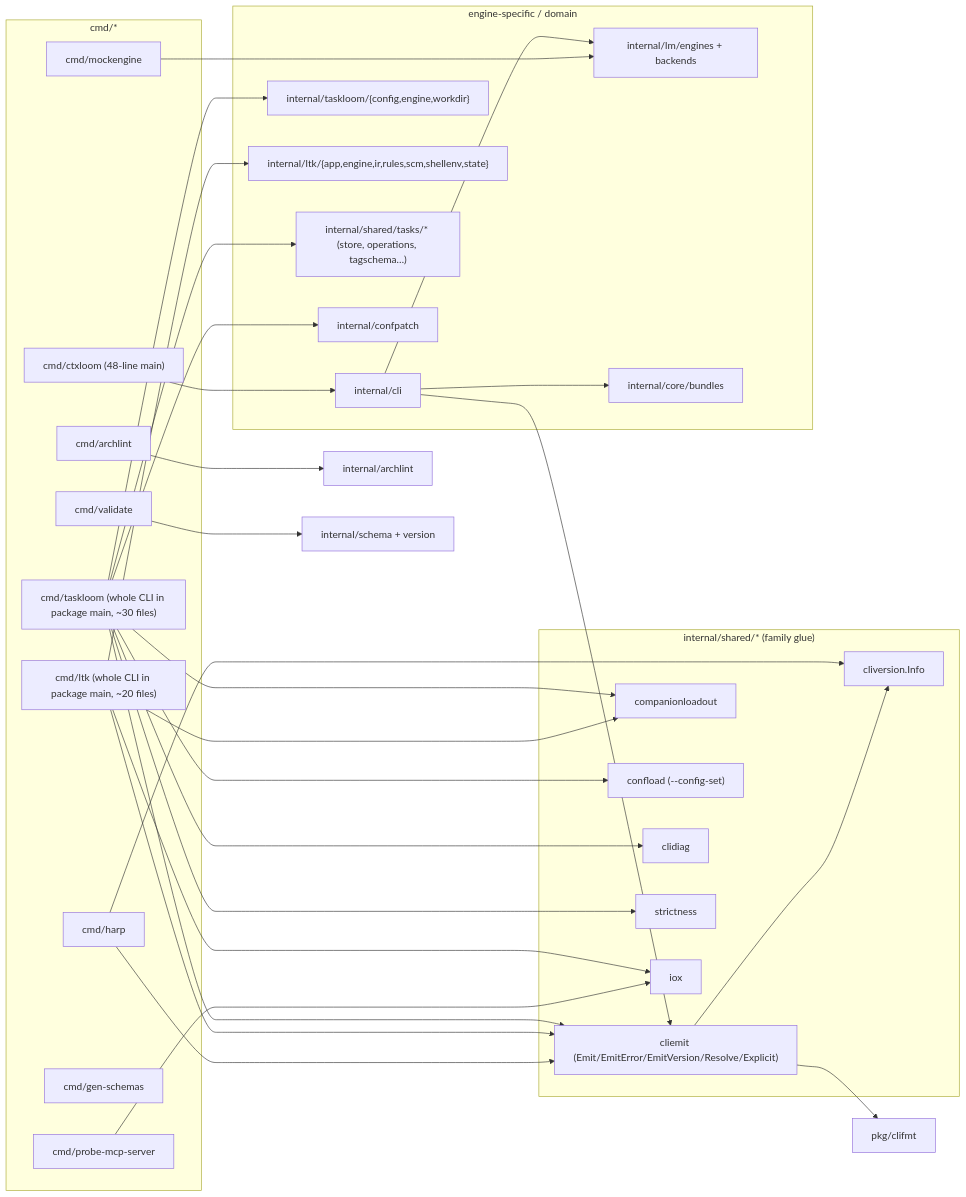
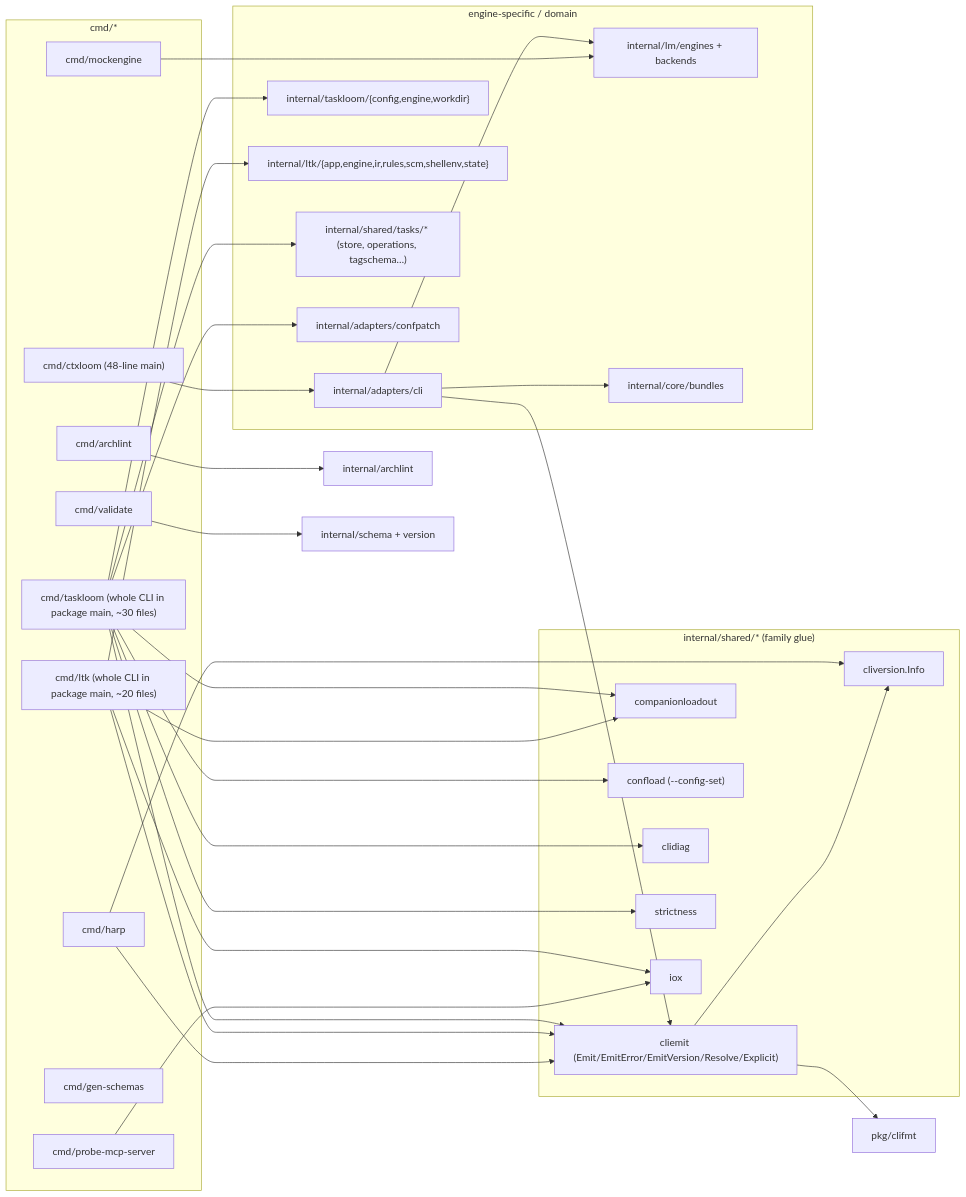
The seventh of 10 diagrams in docs/architecture/audit-2026-09-18/06-cli-operations.md (ctxloom/ctxloom), drawn with Mermaid before and after one commit. The commit also changed other lines of this file and 2489 other files, not shown here.

First line of the commit message:
refactor(arch): move the adapters ring into internal/adapters

````diff
--- a/docs/architecture/audit-2026-09-18/06-cli-operations.md
+++ b/docs/architecture/audit-2026-09-18/06-cli-operations.md
@@ -431,58 +431,58 @@
 ```mermaid
 flowchart LR
   subgraph bins["cmd/*"]
     CTX["cmd/ctxloom (48-line main)"]
     TL["cmd/taskloom (whole CLI in package main, ~30 files)"]
     LTK["cmd/ltk (whole CLI in package main, ~20 files)"]
     HARP["cmd/harp"]
     ARCH["cmd/archlint"]
     MOCK["cmd/mockengine"]
     PROBE["cmd/probe-mcp-server"]
     GENS["cmd/gen-schemas"]
     VAL["cmd/validate"]
   end
   subgraph sharedp["internal/shared/* (family glue)"]
     CE["cliemit (Emit/EmitError/EmitVersion/Resolve/Explicit)"]
     CV["cliversion.Info"]
     CLOAD["companionloadout"]
     CONFL["confload (--config-set)"]
     CD["clidiag"]
     STR["strictness"]
     IOX["iox"]
   end
   subgraph libs["engine-specific / domain"]
-    CLI["internal/cli"]
+    CLI["internal/adapters/cli"]
     TLE["internal/taskloom/{config,engine,workdir}"]
     LTKE["internal/ltk/{app,engine,ir,rules,scm,shellenv,state}"]
     TASKS["internal/shared/tasks/* (store, operations, tagschema…)"]
     ENG["internal/lm/engines + backends"]
     BUND["internal/core/bundles"]
-    CONFP["internal/confpatch"]
+    CONFP["internal/adapters/confpatch"]
   end
   CLIFMT["pkg/clifmt"]
 
   CTX --> CLI
   CLI --> ENG
   CLI --> BUND
   CLI --> CE
   TL --> CE
   TL --> CLOAD
   TL --> CONFL
   TL --> CD
   TL --> STR
   TL --> TLE
   TL --> TASKS
   TL --> CONFP
   LTK --> CE
   LTK --> CLOAD
   LTK --> LTKE
   LTK --> IOX
   HARP --> CE
   HARP --> CV
   MOCK --> ENG
   CE --> CLIFMT
   CE --> CV
   ARCH --> ARCHL["internal/archlint"]
   VAL --> SCH["internal/schema + version"]
   PROBE --> IOX
 ```
````
